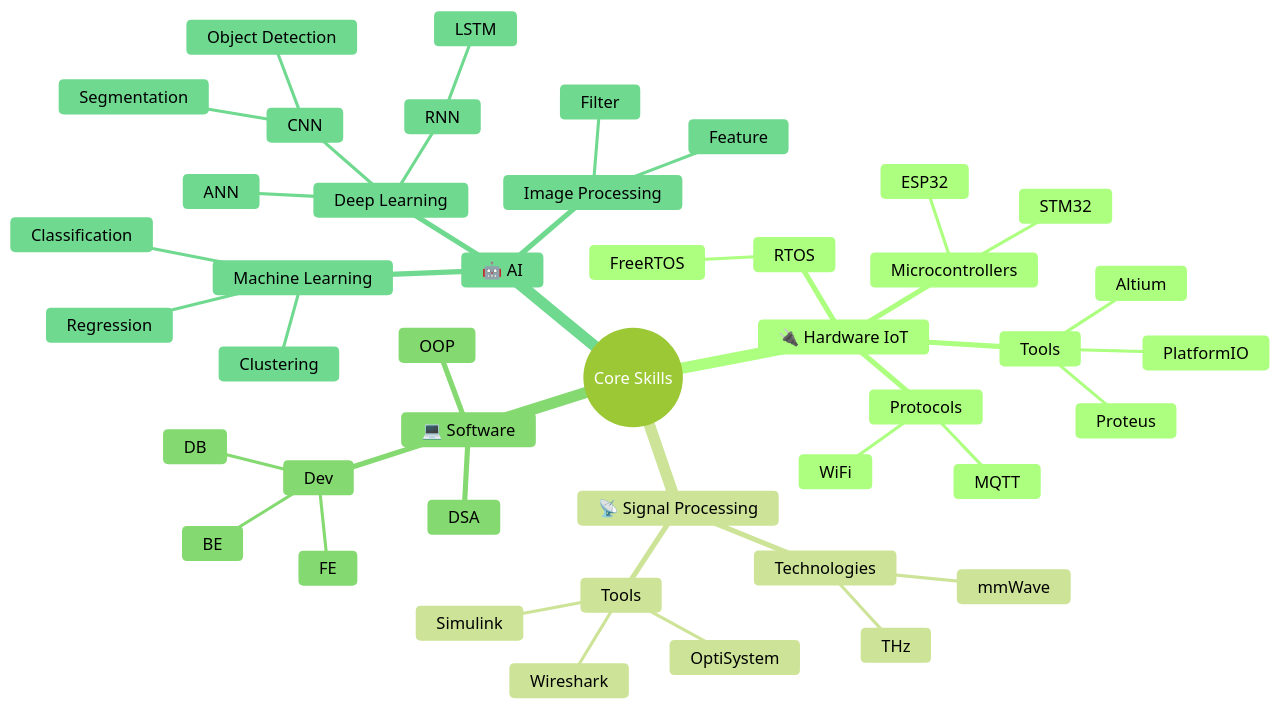
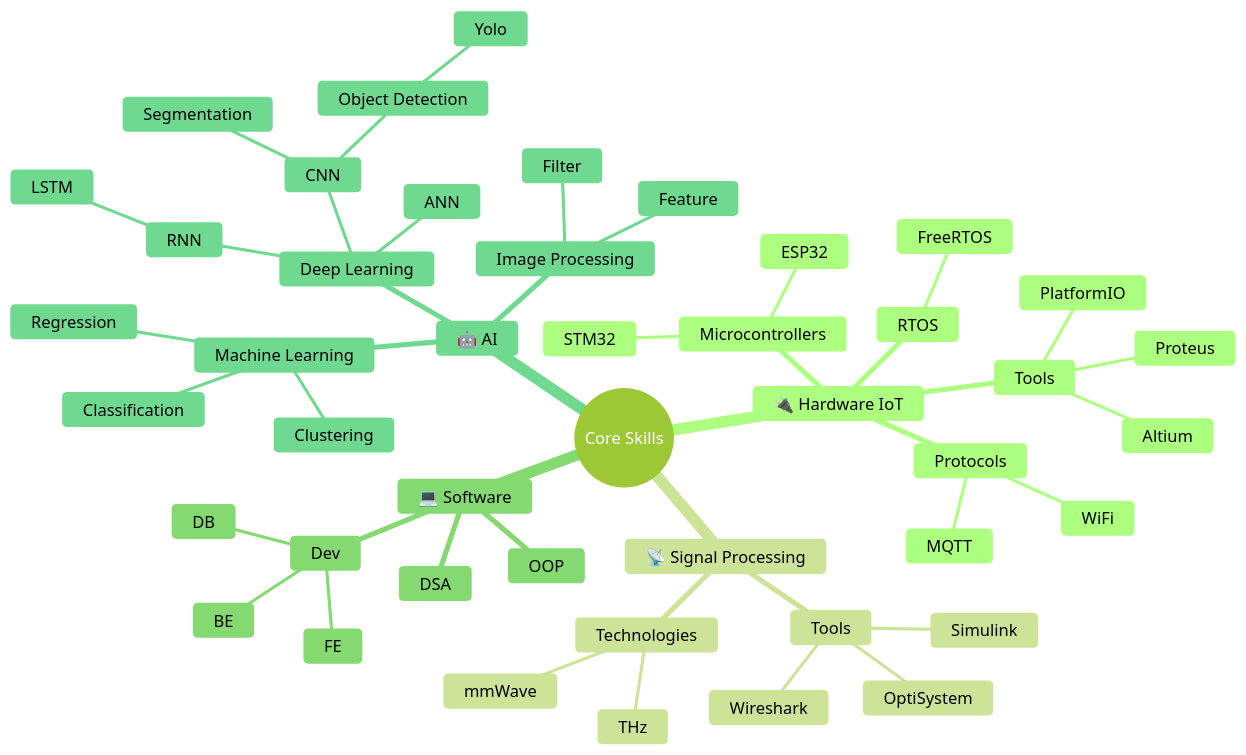
Before and after one commit to bathanh0309/bathanh0309: the diagram in README.md, drawn with Mermaid (forest theme).

````diff
--- a/README.md
+++ b/README.md
@@ -140,47 +140,48 @@
 ```mermaid
 mindmap
   root((Core Skills))
     🔌 Hardware IoT
       Microcontrollers
         ESP32
         STM32
       RTOS
         FreeRTOS
       Protocols
         MQTT
         WiFi
       Tools
         PlatformIO
         Proteus
         Altium
     📡 Signal Processing
       Technologies
         mmWave
         THz
       Tools
         Simulink
         OptiSystem
         Wireshark
     💻 Software
       Dev
         FE
         BE
         DB
       OOP
       DSA
     🤖 AI 
       Machine Learning
         Classification
         Regression
         Clustering
       Deep Learning
         ANN
         CNN
           Segmentation
           Object Detection
+            Yolo
         RNN
           LSTM
       Image Processing
         Feature
         Filter
 ```
````
